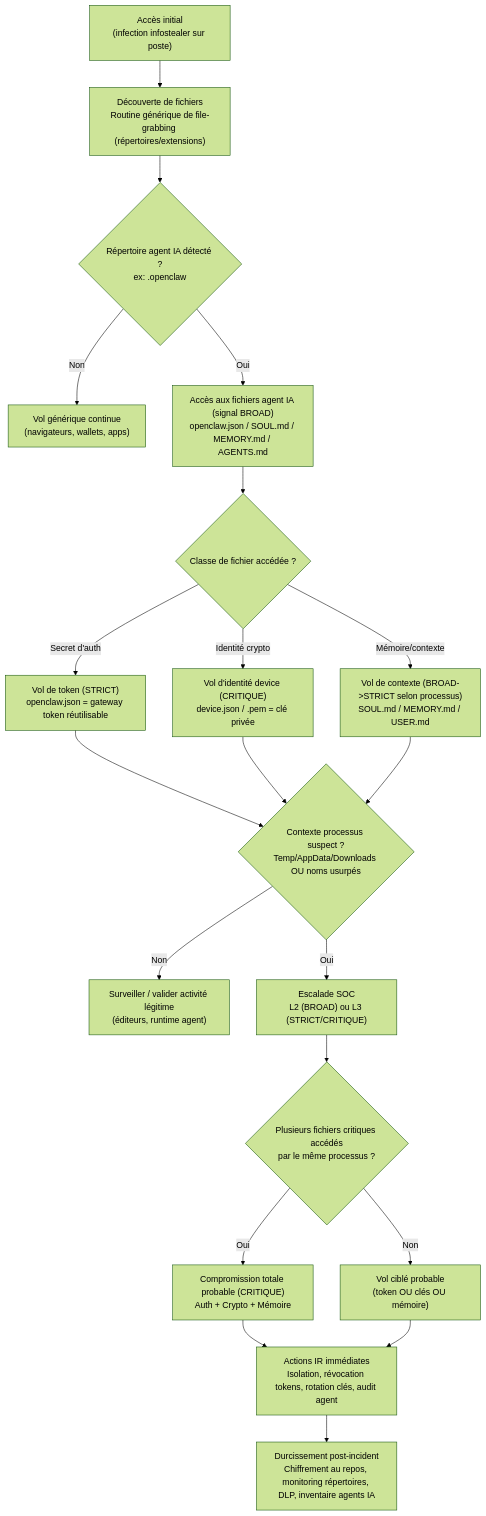
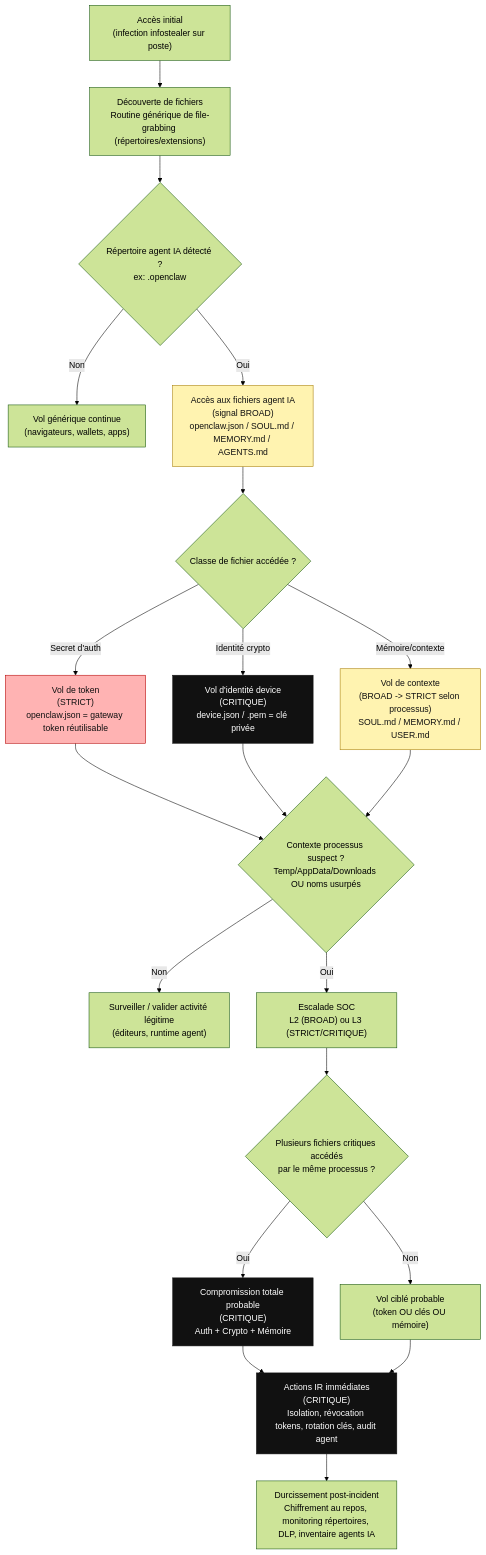
The diagram in AI_Agent_Context_Theft/diagrams/README_FR.md (Hatchepsoute/sigma-rules), drawn with Mermaid (forest theme) before and after one commit. The commit also changed other lines of this file and 3 other files, not shown here.

````diff
--- a/AI_Agent_Context_Theft/diagrams/README_FR.md
+++ b/AI_Agent_Context_Theft/diagrams/README_FR.md
@@ -4,23 +4,32 @@
 ```mermaid
 flowchart TD
   A["Accès initial\n(infection infostealer sur poste)"] --> B["Découverte de fichiers\nRoutine générique de file-grabbing (répertoires/extensions)"]
   B --> C{"Répertoire agent IA détecté ?\nex: .openclaw"}
   C -- Non --> Z["Vol générique continue\n(navigateurs, wallets, apps)"]
-  C -- Oui --> D["Accès aux fichiers agent IA (signal BROAD)\nopenclaw.json / SOUL.md / MEMORY.md / AGENTS.md"]
+  C -- Oui --> D["Accès aux fichiers agent IA\n(signal BROAD)\nopenclaw.json / SOUL.md / MEMORY.md / AGENTS.md"]
   D --> E{"Classe de fichier accédée ?"}
-  E -- Secret d'auth --> F["Vol de token (STRICT)\nopenclaw.json = gateway token réutilisable"]
-  E -- Identité crypto --> G["Vol d'identité device (CRITIQUE)\ndevice.json / .pem = clé privée"]
-  E -- Mémoire/contexte --> H["Vol de contexte (BROAD->STRICT selon processus)\nSOUL.md / MEMORY.md / USER.md"]
+  E -- Secret d'auth --> F["Vol de token\n(STRICT)\nopenclaw.json = gateway token réutilisable"]
+  E -- Identité crypto --> G["Vol d'identité device\n(CRITIQUE)\ndevice.json / .pem = clé privée"]
+  E -- Mémoire/contexte --> H["Vol de contexte\n(BROAD -> STRICT selon processus)\nSOUL.md / MEMORY.md / USER.md"]
   F --> I{"Contexte processus suspect ?\nTemp/AppData/Downloads OU noms usurpés"}
   G --> I
   H --> I
   I -- Non --> J["Surveiller / valider activité légitime\n(éditeurs, runtime agent)"]
   I -- Oui --> K["Escalade SOC\nL2 (BROAD) ou L3 (STRICT/CRITIQUE)"]
   K --> L{"Plusieurs fichiers critiques accédés\npar le même processus ?"}
-  L -- Oui --> M["Compromission totale probable (CRITIQUE)\nAuth + Crypto + Mémoire"]
+  L -- Oui --> M["Compromission totale probable\n(CRITIQUE)\nAuth + Crypto + Mémoire"]
   L -- Non --> N["Vol ciblé probable\n(token OU clés OU mémoire)"]
-  M --> O["Actions IR immédiates\nIsolation, révocation tokens, rotation clés, audit agent"]
+  M --> O["Actions IR immédiates\n(CRITIQUE)\nIsolation, révocation tokens, rotation clés, audit agent"]
   N --> O
   O --> P["Durcissement post-incident\nChiffrement au repos, monitoring répertoires, DLP, inventaire agents IA"]
 
+  %% Style (compatible GitHub)
+  classDef broad fill:#fff3b0,stroke:#a67c00,stroke-width:1px,color:#111;
+  classDef strict fill:#ffb3b3,stroke:#b30000,stroke-width:1px,color:#111;
+  classDef critical fill:#111,stroke:#111,stroke-width:1px,color:#fff;
+
+  class D,H broad;
+  class F strict;
+  class G,M,O critical;
+
 ```
````
